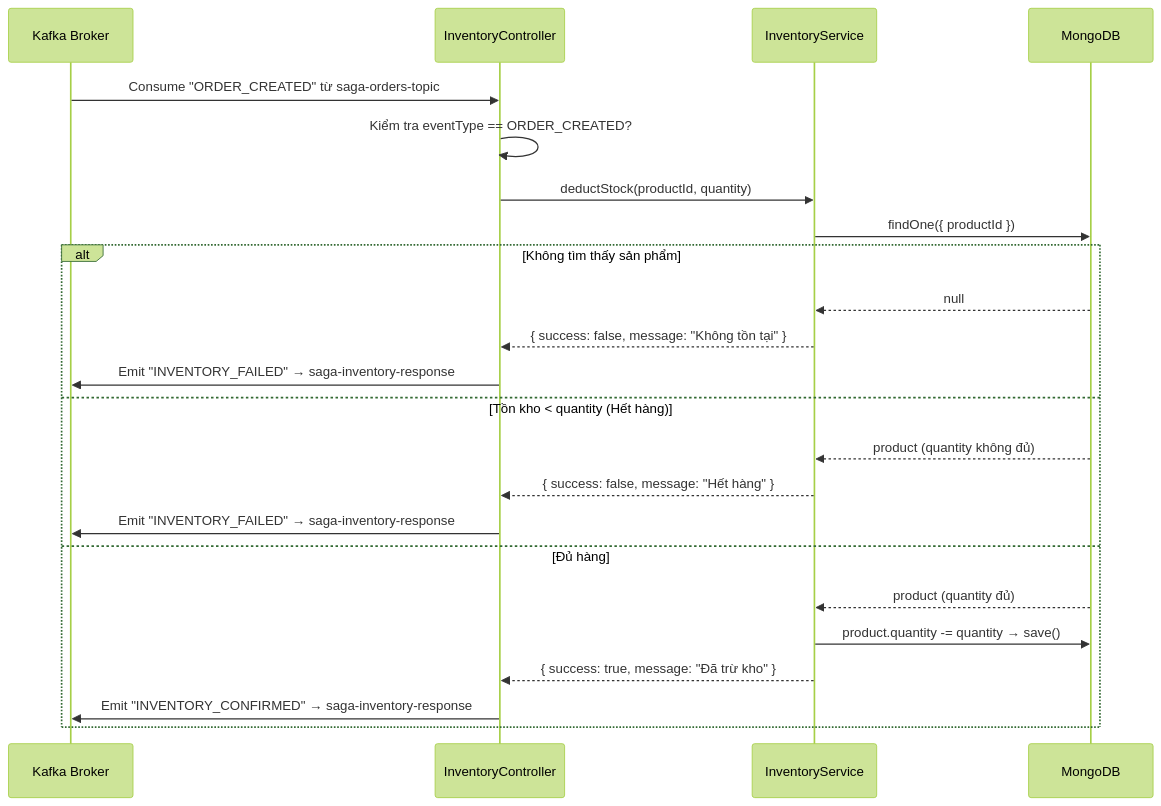
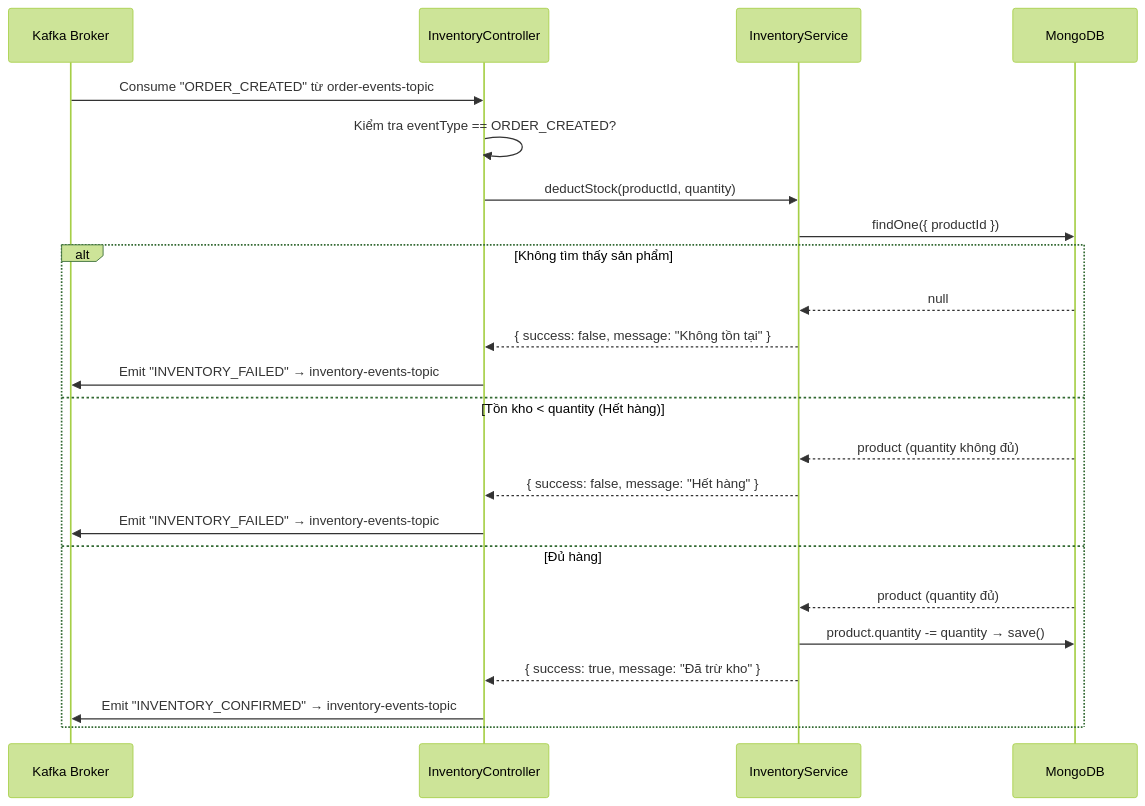
The diagram in services/docs/inventory-service-kafka.md (viet291993/nexus-microservices-lab), drawn with Mermaid (forest theme) before and after one commit. The commit also changed other lines of this file and 14 other files, not shown here.

````diff
--- a/services/docs/inventory-service-kafka.md
+++ b/services/docs/inventory-service-kafka.md
@@ -9,27 +9,27 @@
 ```mermaid
 sequenceDiagram
     participant Kafka as Kafka Broker
     participant Controller as InventoryController
     participant Service as InventoryService
     participant MongoDB as MongoDB
 
-    Kafka->>Controller: Consume "ORDER_CREATED" từ saga-orders-topic
+    Kafka->>Controller: Consume "ORDER_CREATED" từ order-events-topic
     Controller->>Controller: Kiểm tra eventType == ORDER_CREATED?
     Controller->>Service: deductStock(productId, quantity)
     Service->>MongoDB: findOne({ productId })
 
     alt Không tìm thấy sản phẩm
         MongoDB-->>Service: null
         Service-->>Controller: { success: false, message: "Không tồn tại" }
-        Controller->>Kafka: Emit "INVENTORY_FAILED" → saga-inventory-response
+        Controller->>Kafka: Emit "INVENTORY_FAILED" → inventory-events-topic
     else Tồn kho < quantity (Hết hàng)
         MongoDB-->>Service: product (quantity không đủ)
         Service-->>Controller: { success: false, message: "Hết hàng" }
-        Controller->>Kafka: Emit "INVENTORY_FAILED" → saga-inventory-response
+        Controller->>Kafka: Emit "INVENTORY_FAILED" → inventory-events-topic
     else Đủ hàng
         MongoDB-->>Service: product (quantity đủ)
         Service->>MongoDB: product.quantity -= quantity → save()
         Service-->>Controller: { success: true, message: "Đã trừ kho" }
-        Controller->>Kafka: Emit "INVENTORY_CONFIRMED" → saga-inventory-response
+        Controller->>Kafka: Emit "INVENTORY_CONFIRMED" → inventory-events-topic
     end
 ```
````
